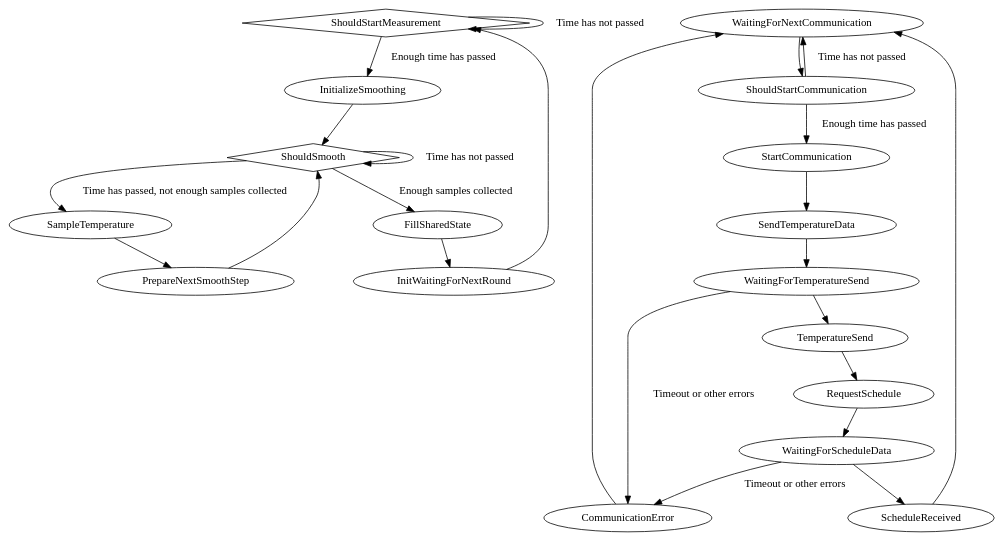
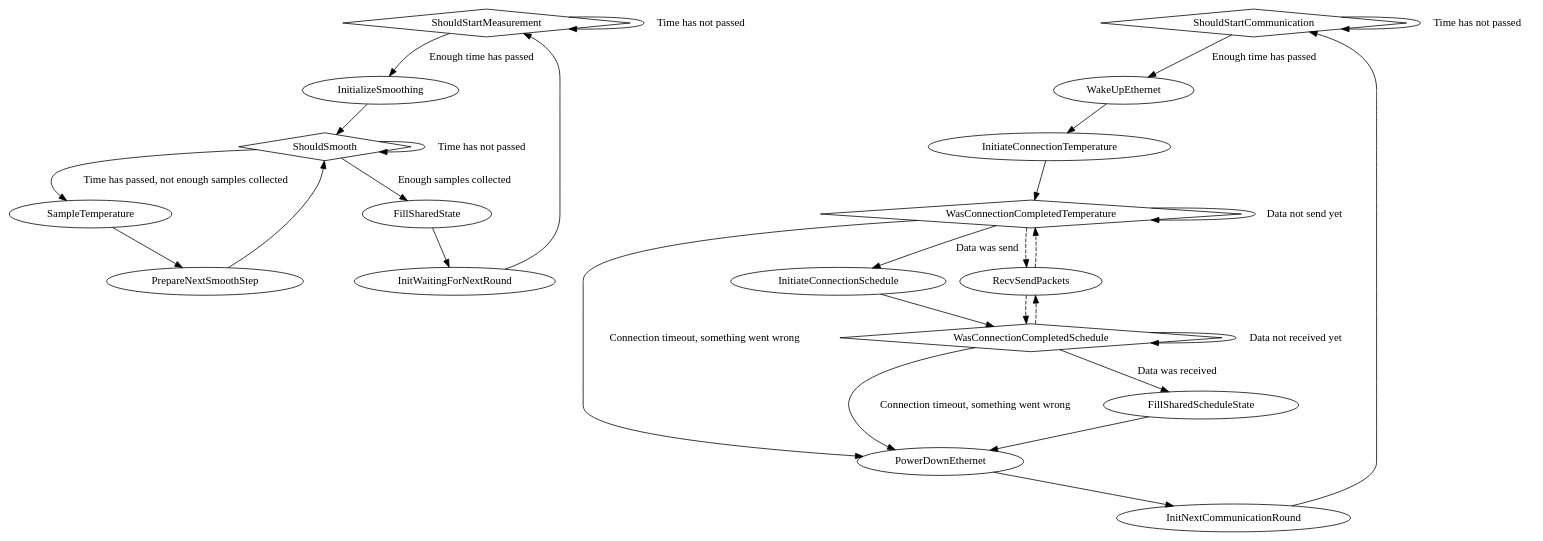
Before and after one commit to DavyLandman/ardmostat: the diagram in Arduino/design/states.dot, drawn with Graphviz.

Commit message:
Designed the new ethernet loop

```diff
--- a/Arduino/design/states.dot
+++ b/Arduino/design/states.dot
@@ -1,36 +1,47 @@
 digraph states {
 	// temperature measurement
 	ShouldStartMeasurement -> ShouldStartMeasurement [label="Time has not passed"]
 	ShouldStartMeasurement -> InitializeSmoothing [label="Enough time has passed"]
 	InitializeSmoothing -> ShouldSmooth
 
 	ShouldSmooth -> ShouldSmooth [label="Time has not passed"]
 	ShouldSmooth -> SampleTemperature [label="Time has passed, not enough samples collected"]
 	ShouldSmooth -> FillSharedState [label="Enough samples collected"]
 
 	SampleTemperature -> PrepareNextSmoothStep
 	PrepareNextSmoothStep -> ShouldSmooth
 	FillSharedState -> InitWaitingForNextRound
 	InitWaitingForNextRound -> ShouldStartMeasurement
 
 	ShouldStartMeasurement [shape=diamond]
 	ShouldSmooth [shape=diamond]
 
 	// communicate with server
-	WaitingForNextCommunication -> ShouldStartCommunication
-	ShouldStartCommunication -> WaitingForNextCommunication [label="Time has not passed"]
-	ShouldStartCommunication -> StartCommunication [label="Enough time has passed"]
-	StartCommunication -> SendTemperatureData
-	SendTemperatureData -> WaitingForTemperatureSend
-	WaitingForTemperatureSend -> CommunicationError [label="Timeout or	other errors"]
-	WaitingForTemperatureSend -> TemperatureSend
-	TemperatureSend -> RequestSchedule
-	RequestSchedule -> WaitingForScheduleData
-	WaitingForScheduleData -> CommunicationError [label="Timeout or	other errors"]
-	WaitingForScheduleData -> ScheduleReceived
-	ScheduleReceived -> WaitingForNextCommunication
-	CommunicationError -> WaitingForNextCommunication 
+	ShouldStartCommunication -> ShouldStartCommunication [label="Time has not passed"]
+	ShouldStartCommunication -> WakeUpEthernet [label="Enough time has passed"]
 
+	WakeUpEthernet -> InitiateConnectionTemperature
+	InitiateConnectionTemperature -> WasConnectionCompletedTemperature
+
+	WasConnectionCompletedTemperature -> RecvSendPackets -> WasConnectionCompletedTemperature [style=dashed]
+	WasConnectionCompletedTemperature -> PowerDownEthernet [label="Connection timeout, something went wrong"]
+	WasConnectionCompletedTemperature -> WasConnectionCompletedTemperature [label="Data not send yet"]
+	WasConnectionCompletedTemperature -> InitiateConnectionSchedule [label="Data was send"]
+
+	InitiateConnectionSchedule -> WasConnectionCompletedSchedule
+
+	WasConnectionCompletedSchedule -> RecvSendPackets -> WasConnectionCompletedSchedule [style=dashed]
+	WasConnectionCompletedSchedule -> PowerDownEthernet [label="Connection timeout, something went wrong"]
+	WasConnectionCompletedSchedule -> WasConnectionCompletedSchedule [label="Data not received yet"]
+	WasConnectionCompletedSchedule -> FillSharedScheduleState [label="Data was received"]
+
+	FillSharedScheduleState -> PowerDownEthernet
+	PowerDownEthernet -> InitNextCommunicationRound -> ShouldStartCommunication
+
+
+	ShouldStartCommunication [shape=diamond]
+	WasConnectionCompletedTemperature [shape=diamond]
+	WasConnectionCompletedSchedule [shape=diamond]
 	// execute schedule
 
 }
```
